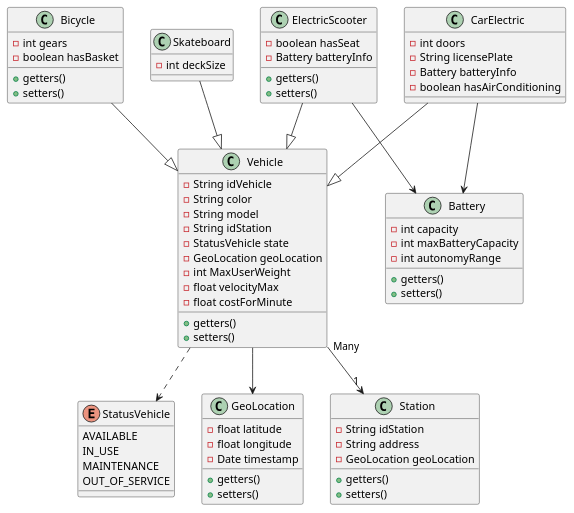
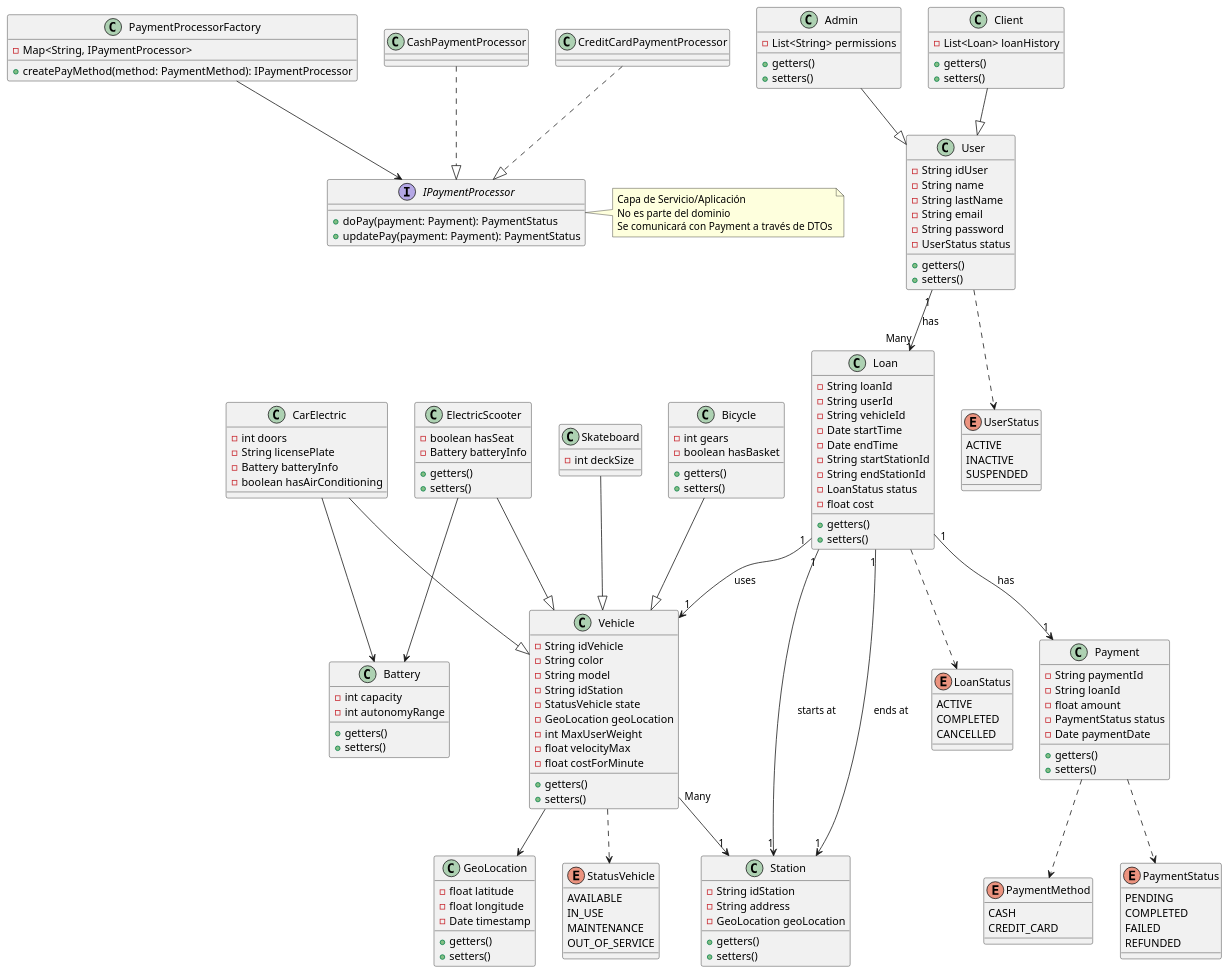
Before and after one commit to david123456858/Practice-patterns: the diagram in Backend/src/presentation/views/uml.wsd, drawn with PlantUML. The commit also changed 1 other file, not shown here.

```diff
--- a/Backend/src/presentation/views/uml.wsd
+++ b/Backend/src/presentation/views/uml.wsd
@@ -39,7 +39,6 @@
 
 class Battery {
     - int capacity
-    - int maxBatteryCapacity
     - int autonomyRange
     + getters()
     + setters()
@@ -87,41 +86,120 @@
 CarElectric --> Battery
 CarElectric --|> Vehicle
 
-' Payment <|.. PaymentEfective
-' PaymentFactory <|-- ConcretePaymentEffective
-' PaymentFactory ..> Payment
-' ServicePayment --> PaymentFactory : Use
-' ServicePayment --> paymentMethod
+' part User
+class User{
+    - String idUser
+    - String name
+    - String lastName
+    - String email
+    - String password
+    - UserStatus status
+    + getters()
+    + setters()
+}
 
-' ICrudOperations <|.. RepositoryLoan
-' ServiceLoan --> Loan : Use
-' ServiceLoan --> RepositoryUser : Use
-' ServiceLoan --> RepositoryLoan : Use
-' ServiceLoan ..|> ICrudOperations
-' ServiceLoan "1" *--  "1"ServicePayment 
-' Loan --o RepositoryLoan : Store
+class Admin {
+    - List<String> permissions
+    + getters()
+    + setters()
+}
 
-' Vehicle ..> StatusVehicle 
-' RepositoryUser ..|> ICrudOperations
-' ServiceUser --> RepositoryUser : Use
-' ServiceUser --> User : Use
-' User --> Suscription : Use
-' User --o RepositoryUser: Store
+class Client {
+    - List<Loan> loanHistory 
+    + getters()
+    + setters()
+}
+
+enum UserStatus {
+    ACTIVE
+    INACTIVE
+    SUSPENDED
+}
+
+User ..> UserStatus
+User "1" --> "Many" Loan : has
+Admin --|> User
+Client --|> User
+
+' part Loan
+class Loan {
+    - String loanId
+    - String userId
+    - String vehicleId
+    - Date startTime
+    - Date endTime
+    - String startStationId
+    - String endStationId
+    - LoanStatus status
+    - float cost
+    + getters()
+    + setters()
+}
+
+enum LoanStatus {
+    ACTIVE
+    COMPLETED
+    CANCELLED
+}
+
+Loan ..> LoanStatus
+Loan "1" --> "1" Vehicle : uses
+Loan "1" --> "1" Station : starts at
+Loan "1" --> "1" Station : ends at
+Loan "1" --> "1" Payment: has
+
+' Part pay
+class Payment{
+    - String paymentId
+    - String loanId
+    - float amount
+    - PaymentStatus status
+    - Date paymentDate
+    + getters()
+    + setters()
+}
+
+enum PaymentStatus {
+    PENDING
+    COMPLETED
+    FAILED
+    REFUNDED
+}
+
+enum PaymentMethod {
+    CASH
+    CREDIT_CARD
+}
+
+interface IPaymentProcessor{
+    + doPay(payment: Payment): PaymentStatus
+    + updatePay(payment: Payment): PaymentStatus
+}
+
+class PaymentProcessorFactory{
+    - Map<String, IPaymentProcessor>
+    + createPayMethod(method: PaymentMethod): IPaymentProcessor
+}
 
 
-' TypeVehicle "Many" --* "1" Station
-' GeoLocation --o Vehicle : Contain
-' ServiceVehicle --> Vehicle : Use
-' ServiceVehicle --> RepositoryVehicle : Use
-' Vehicle --o RepositoryVehicle : Store
-' Vehicle --|> TypeVehicle 
+class CashPaymentProcessor{
 
-' RepositoryVehicle ..|> ICrudOperations
+}
+class CreditCardPaymentProcessor{
 
-' GeoLocation "1" --o "1" Station
-' RepositoryStation ..|> ICrudOperations 
-' ServiceLoan --> RepositoryStation
+}
 
-' Suscription --> TypesPricePeriods
-' Premium --|> Suscription
+Payment ..> PaymentStatus
+Payment ..> PaymentMethod
+
+CashPaymentProcessor ..|> IPaymentProcessor
+CreditCardPaymentProcessor ..|> IPaymentProcessor
+PaymentProcessorFactory --> IPaymentProcessor
+
+note right of IPaymentProcessor
+  Capa de Servicio/Aplicación
+  No es parte del dominio
+  Se comunicará con Payment a través de DTOs
+end note
+
 @enduml
```
